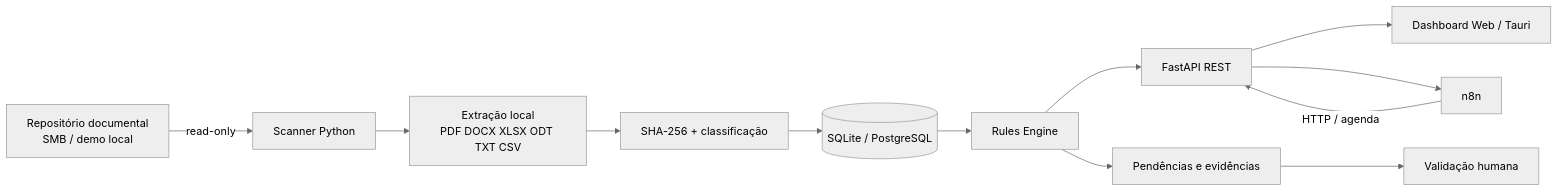
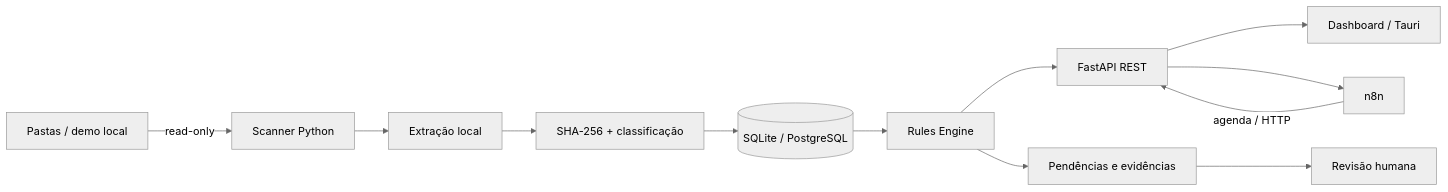
Before and after one commit to Mayconxzdev/Central-ISO: the diagram in README.md, drawn with Mermaid (neutral theme). The commit also changed other lines of this file, not shown here.

````diff
--- a/README.md
+++ b/README.md
@@ -41,14 +31,14 @@
 ```mermaid
 flowchart LR
-    A[Repositório documental<br/>SMB / demo local] -->|read-only| B[Scanner Python]
-    B --> C[Extração local<br/>PDF DOCX XLSX ODT TXT CSV]
+    A[Pastas / demo local] -->|read-only| B[Scanner Python]
+    B --> C[Extração local]
     C --> D[SHA-256 + classificação]
     D --> E[(SQLite / PostgreSQL)]
     E --> F[Rules Engine]
     F --> G[FastAPI REST]
-    G --> H[Dashboard Web / Tauri]
-    I[n8n] -->|HTTP / agenda| G
+    G --> H[Dashboard / Tauri]
+    I[n8n] -->|agenda / HTTP| G
     G --> I
     F --> J[Pendências e evidências]
-    J --> K[Validação humana]
+    J --> K[Revisão humana]
 ```
````
